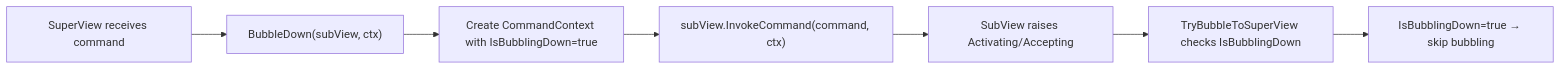
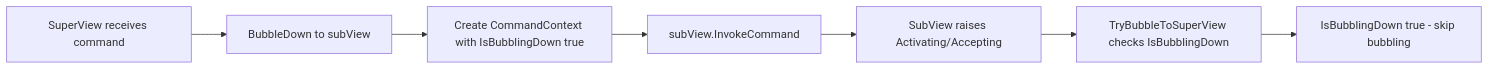
Before and after one commit to gui-cs/Terminal.Gui: the third of 4 diagrams in docfx/docs/command.md, drawn with Mermaid. The commit also changed other lines of this file and 7 other files, not shown here.

````diff
--- a/docfx/docs/command.md
+++ b/docfx/docs/command.md
@@ -261,9 +261,9 @@
 ```mermaid
 flowchart LR
-    super["SuperView receives command"] --> bubble_down["BubbleDown(subView, ctx)"]
-    bubble_down --> new_ctx["Create CommandContext with IsBubblingDown=true"]
-    new_ctx --> invoke["subView.InvokeCommand(command, ctx)"]
-    invoke --> raise["SubView raises Activating/Accepting"]
-    raise --> try_bubble["TryBubbleToSuperView checks IsBubblingDown"]
-    try_bubble --> skip["IsBubblingDown=true → skip bubbling"]
+    super[SuperView receives command] --> bubble_down[BubbleDown to subView]
+    bubble_down --> new_ctx[Create CommandContext with IsBubblingDown true]
+    new_ctx --> invoke[subView.InvokeCommand]
+    invoke --> raise[SubView raises Activating/Accepting]
+    raise --> try_bubble[TryBubbleToSuperView checks IsBubblingDown]
+    try_bubble --> skip[IsBubblingDown true - skip bubbling]
 ```
````
